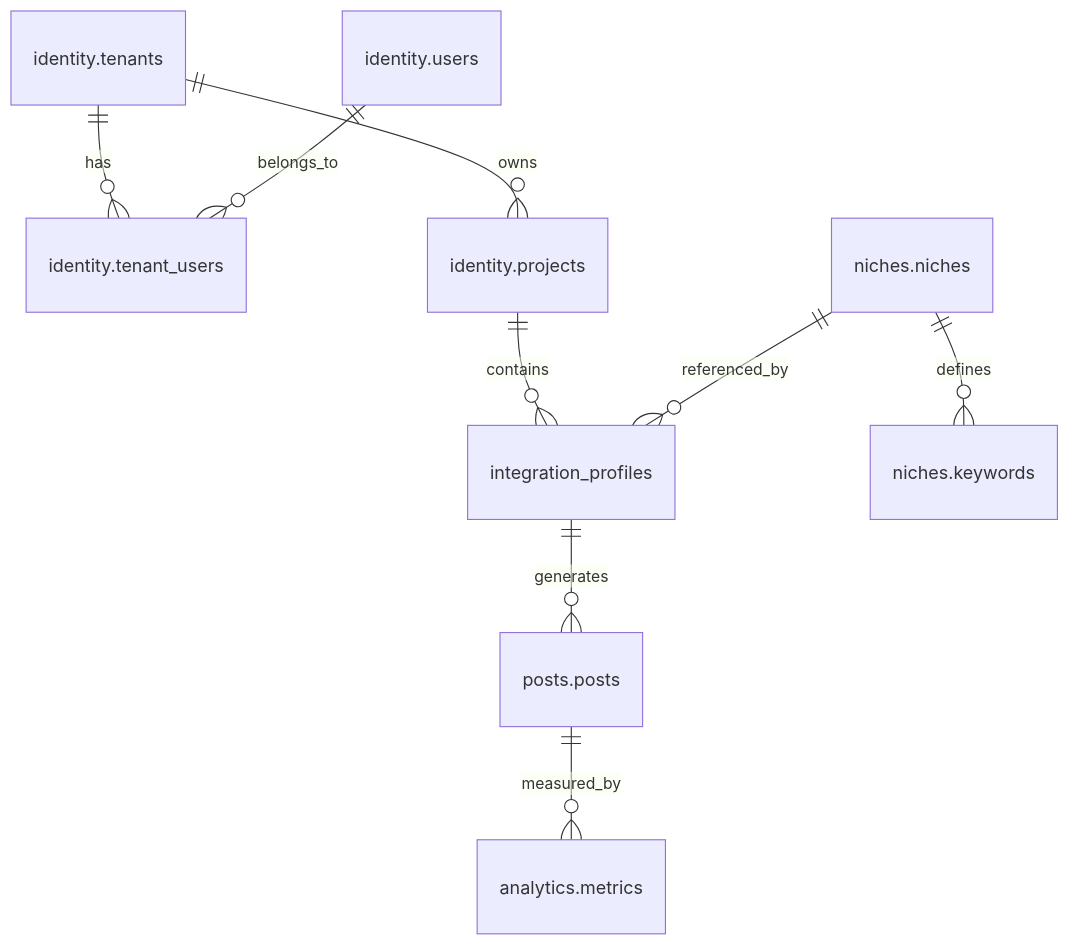
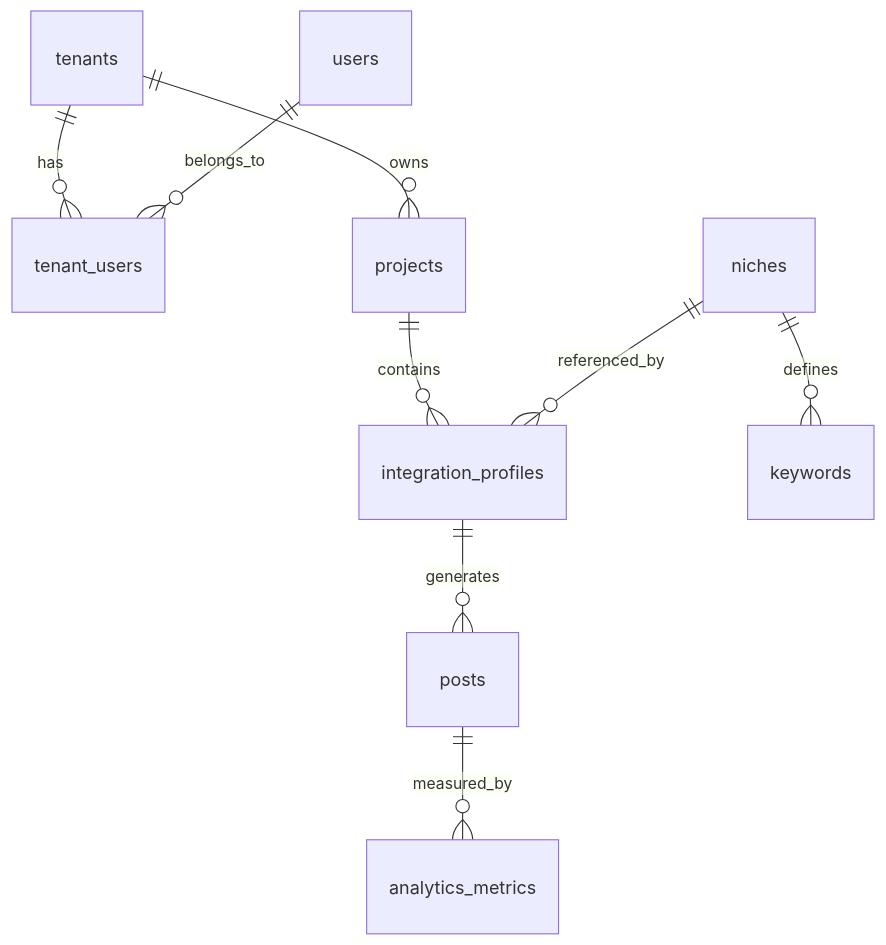
One commit to rhamblin/content_automation_engine changed the first of 2 diagrams in README.md. Above: the diagram before and after it, drawn with Mermaid. The commit also changed other lines of this file, not shown here.

````diff
--- a/README.md
+++ b/README.md
@@ -20,11 +11,11 @@
 ```mermaid
 erDiagram
-    identity.tenants ||--o{ identity.tenant_users : has
-    identity.users   ||--o{ identity.tenant_users : belongs_to
-    identity.tenants ||--o{ identity.projects    : owns
-    identity.projects ||--o{ integration_profiles : contains
-    niches.niches    ||--o{ niches.keywords      : defines
-    niches.niches    ||--o{ integration_profiles : referenced_by
-    integration_profiles ||--o{ posts.posts        : generates
-    posts.posts      ||--o{ analytics.metrics   : measured_by
+    tenants ||--o{ tenant_users : has
+    users   ||--o{ tenant_users : belongs_to
+    tenants ||--o{ projects    : owns
+    projects ||--o{ integration_profiles : contains
+    niches    ||--o{ keywords      : defines
+    niches    ||--o{ integration_profiles : referenced_by
+    integration_profiles ||--o{ posts        : generates
+    posts      ||--o{ analytics_metrics   : measured_by
 ```
````
